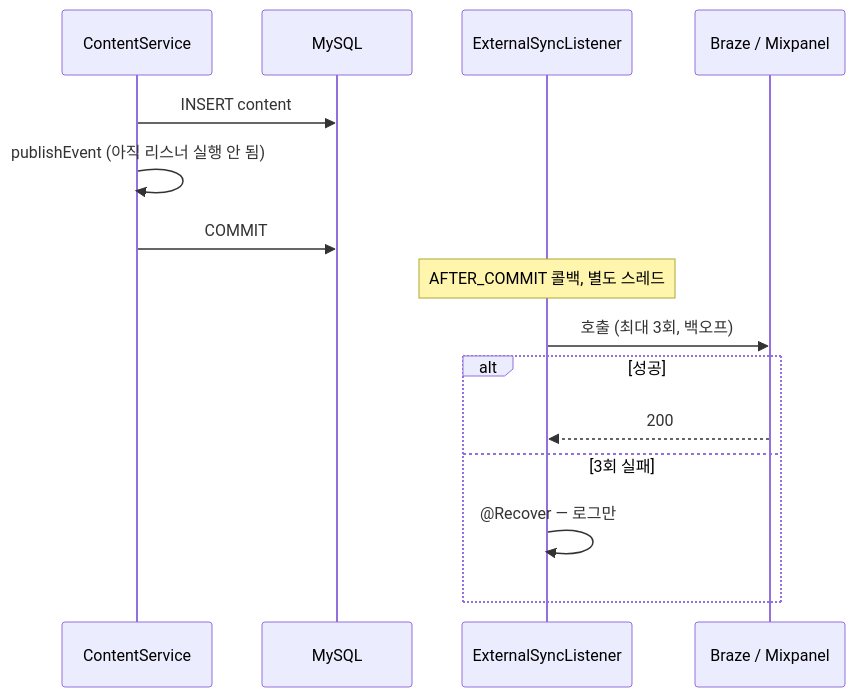
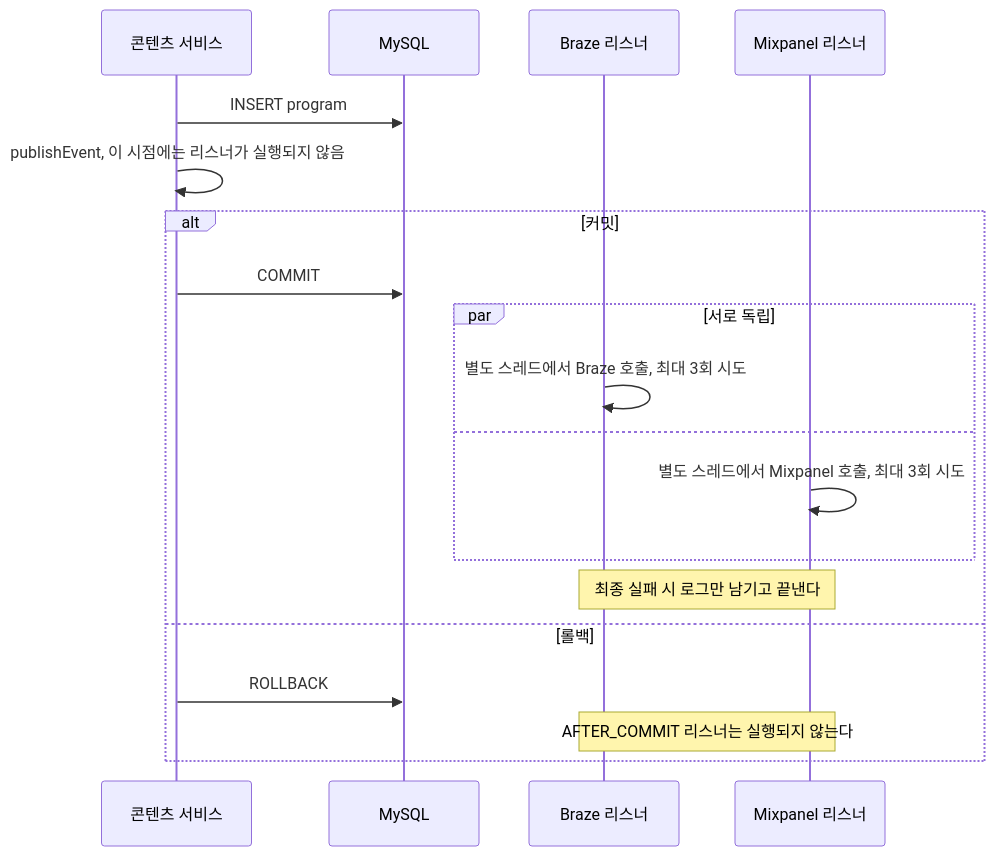
The second of 2 diagrams in _posts/notes/common/2025-11-08-post-commit-events-and-consistency-level.md (polynomeer/polynomeer.github.io), drawn with Mermaid before and after one commit. The commit also changed other lines of this file, not shown here.

Commit message:
docs(notes): rewrite the post-commit events post against project facts

````diff
--- a/_posts/notes/common/2025-11-08-post-commit-events-and-consistency-level.md
+++ b/_posts/notes/common/2025-11-08-post-commit-events-and-consistency-level.md
@@ -82,17 +124,21 @@
 ```mermaid
 sequenceDiagram
-    participant S as ContentService
+    participant S as 콘텐츠 서비스
     participant DB as MySQL
-    participant L as ExternalSyncListener
-    participant X as Braze / Mixpanel
-    S->>DB: INSERT content
-    S->>S: publishEvent (아직 리스너 실행 안 됨)
-    S->>DB: COMMIT
-    Note over L: AFTER_COMMIT 콜백, 별도 스레드
-    L->>X: 호출 (최대 3회, 백오프)
-    alt 성공
-        X-->>L: 200
-    else 3회 실패
-        L->>L: @Recover — 로그만
+    participant B as Braze 리스너
+    participant M as Mixpanel 리스너
+    S->>DB: INSERT program
+    S->>S: publishEvent, 이 시점에는 리스너가 실행되지 않음
+    alt 커밋
+        S->>DB: COMMIT
+        par 서로 독립
+            B->>B: 별도 스레드에서 Braze 호출, 최대 3회 시도
+        and
+            M->>M: 별도 스레드에서 Mixpanel 호출, 최대 3회 시도
+        end
+        Note over B,M: 최종 실패 시 로그만 남기고 끝낸다
+    else 롤백
+        S->>DB: ROLLBACK
+        Note over B,M: AFTER_COMMIT 리스너는 실행되지 않는다
     end
 ```
````
